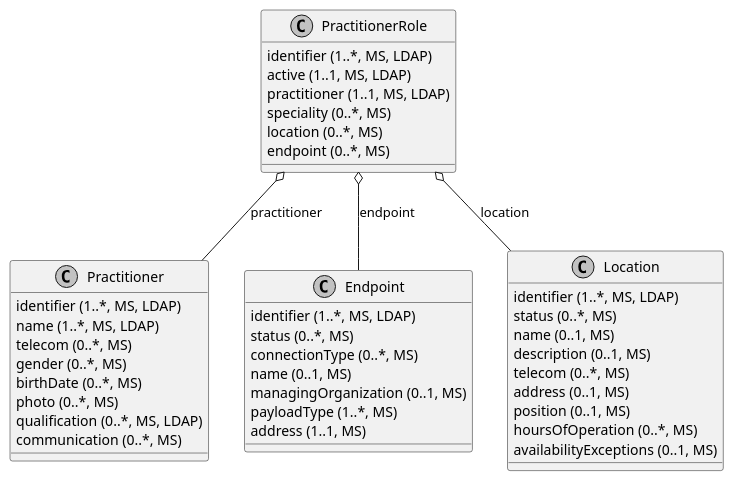
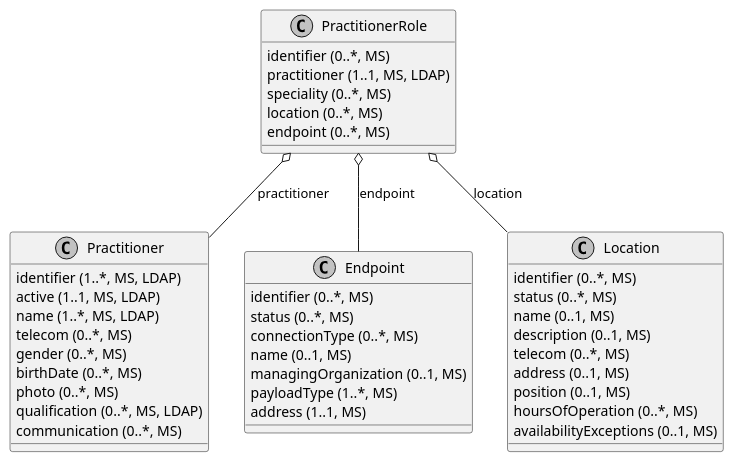
One commit to gematik/api-vzd changed the diagram in src/plantuml/ClassDiagram.PractitionerRole.puml. Above: the diagram before and after it, drawn with PlantUML. The commit also changed 1 other file, not shown here.

Commit message:
changed active and identifier

```diff
--- a/src/plantuml/ClassDiagram.PractitionerRole.puml
+++ b/src/plantuml/ClassDiagram.PractitionerRole.puml
@@ -1,45 +1,45 @@
 @startuml ClassDiagram.PractitionerRole
 skinparam monochrome true
 class PractitionerRole {
-  {field} identifier (1..*, MS, LDAP)
-  {field} active (1..1, MS, LDAP)
+  {field} identifier (0..*, MS)
   {field} practitioner (1..1, MS, LDAP)
   {field} speciality (0..*, MS)
   {field} location (0..*, MS)
   {field} endpoint (0..*, MS)
 }
 class Practitioner {
   {field} identifier (1..*, MS, LDAP)
+  {field} active (1..1, MS, LDAP)
   {field} name (1..*, MS, LDAP)
   {field} telecom (0..*, MS)
   {field} gender (0..*, MS)
   {field} birthDate (0..*, MS)
   {field} photo (0..*, MS)
   {field} qualification (0..*, MS, LDAP)
   {field} communication (0..*, MS)
 }
 class Endpoint {
-  {field} identifier (1..*, MS, LDAP)
+  {field} identifier (0..*, MS)
   {field} status (0..*, MS)
   {field} connectionType (0..*, MS)
   {field} name (0..1, MS)
   {field} managingOrganization (0..1, MS)
   {field} payloadType (1..*, MS)
   {field} address (1..1, MS)
 }
 class Location {
-  {field} identifier (1..*, MS, LDAP)
+  {field} identifier (0..*, MS)
   {field} status (0..*, MS)
   {field} name (0..1, MS)
   {field} description (0..1, MS)
   {field} telecom (0..*, MS)
   {field} address (0..1, MS)
   {field} position (0..1, MS)
   {field} hoursOfOperation (0..*, MS)
   {field} availabilityExceptions (0..1, MS)
 }
 
 PractitionerRole o-- Practitioner: practitioner
 PractitionerRole o-- Endpoint: endpoint
 PractitionerRole o-- Location: location
 @enduml
```
